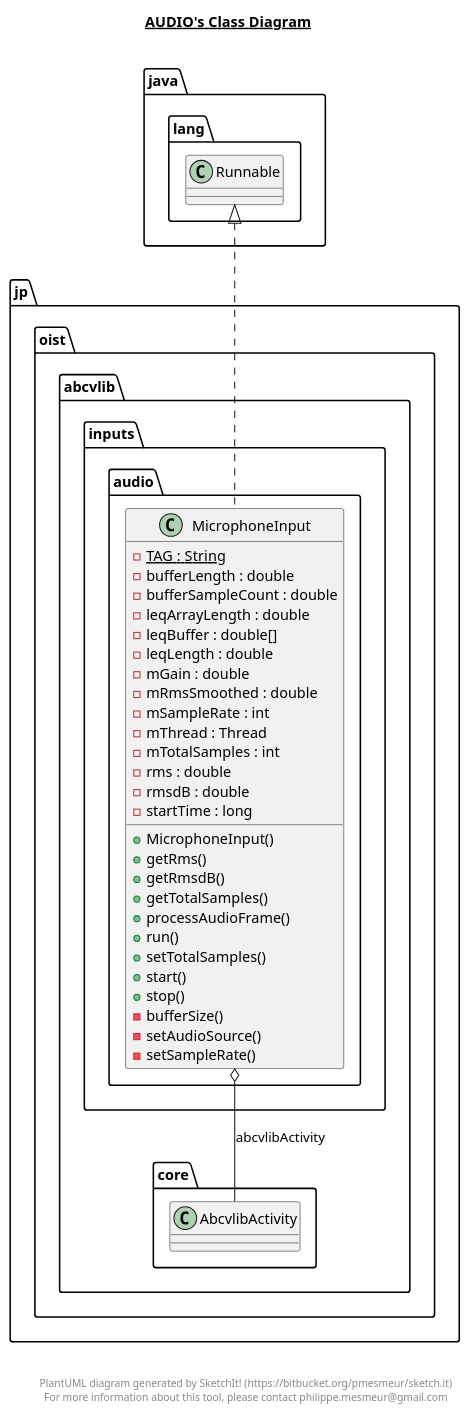
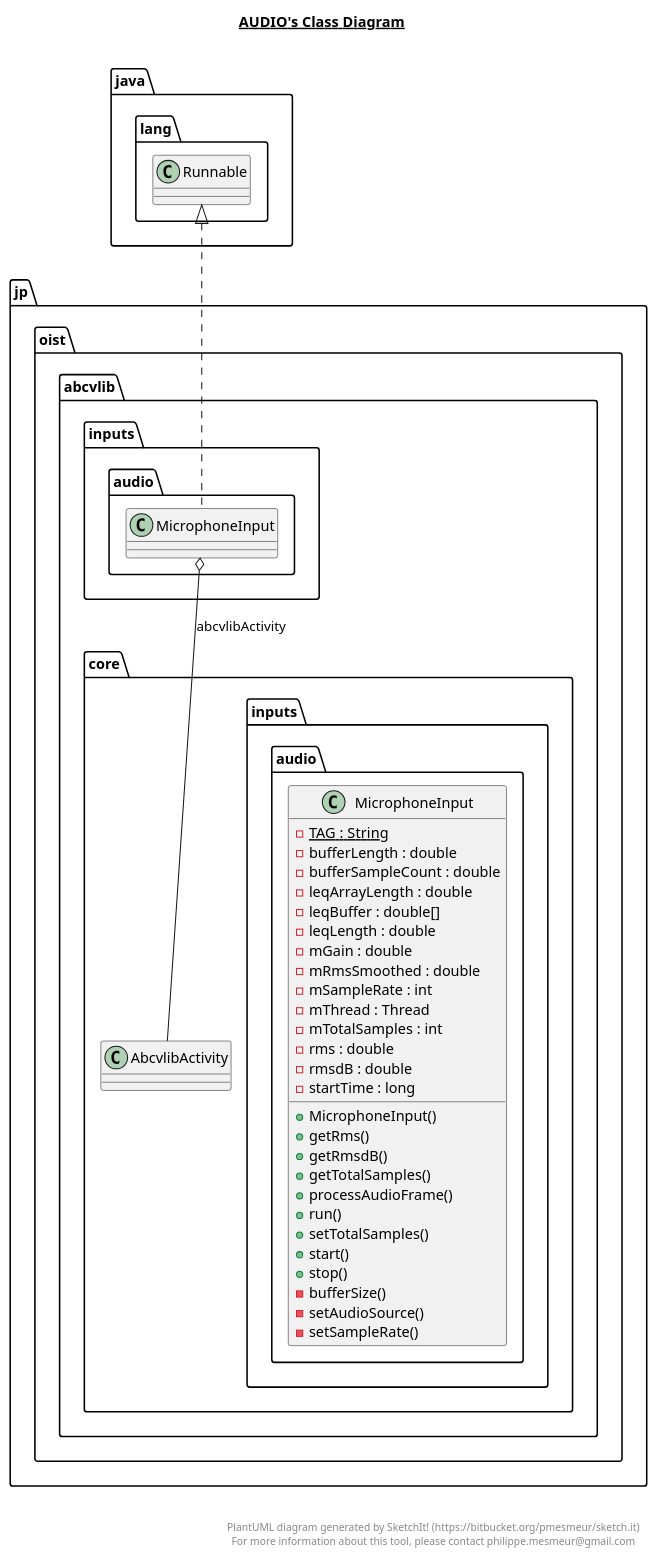
The diagram in abcvlib/src/main/java/jp/oist/abcvlib/core/inputs/audio/audio.plantuml (oist/smartphone-robot-android), drawn with PlantUML before and after one commit. The commit also changed 3 other files, not shown here.

Commit message:
updated package name to jp.oist.abcvlib.core where necessary

```diff
--- a/abcvlib/src/main/java/jp/oist/abcvlib/core/inputs/audio/audio.plantuml
+++ b/abcvlib/src/main/java/jp/oist/abcvlib/core/inputs/audio/audio.plantuml
@@ -1,52 +1,52 @@
 @startuml
 
 title __AUDIO's Class Diagram__\n
 
   namespace jp.oist.abcvlib {
     namespace inputs {
       namespace audio {
-        class jp.oist.abcvlib.inputs.audio.MicrophoneInput {
+        class jp.oist.abcvlib.core.inputs.audio.MicrophoneInput {
             {static} - TAG : String
             - bufferLength : double
             - bufferSampleCount : double
             - leqArrayLength : double
             - leqBuffer : double[]
             - leqLength : double
             - mGain : double
             - mRmsSmoothed : double
             - mSampleRate : int
             - mThread : Thread
             - mTotalSamples : int
             - rms : double
             - rmsdB : double
             - startTime : long
             + MicrophoneInput()
             + getRms()
             + getRmsdB()
             + getTotalSamples()
             + processAudioFrame()
             + run()
             + setTotalSamples()
             + start()
             + stop()
             - bufferSize()
             - setAudioSource()
             - setSampleRate()
         }
       }
     }
   }
   
 
   jp.oist.abcvlib.inputs.audio.MicrophoneInput .up.|> java.lang.Runnable
   jp.oist.abcvlib.inputs.audio.MicrophoneInput o-- jp.oist.abcvlib.core.AbcvlibActivity : abcvlibActivity
 
 
 right footer
 
 
 PlantUML diagram generated by SketchIt! (https://bitbucket.org/pmesmeur/sketch.it)
 For more information about this tool, please contact philippe.mesmeur@gmail.com
 endfooter
 
 @enduml
```
